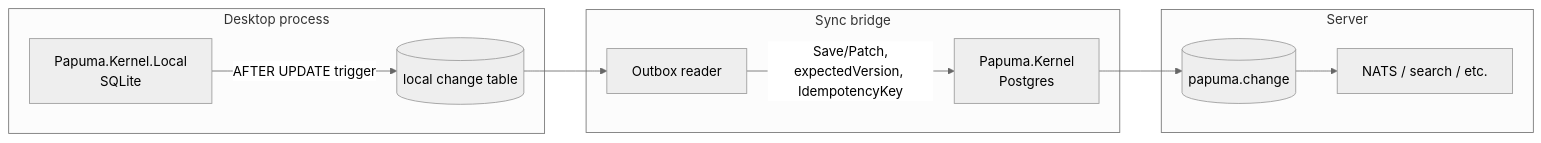
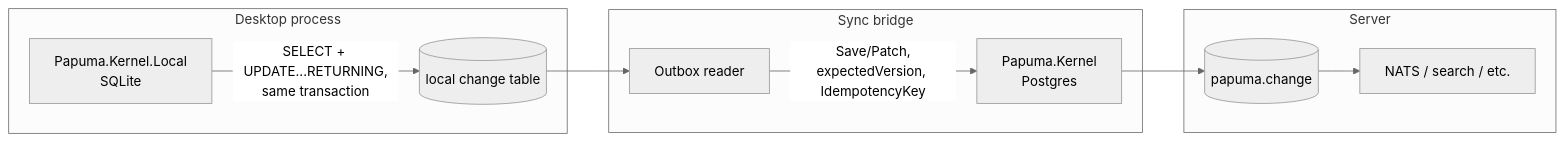
One commit to papumabiz/Papuma.Kernel changed the diagram in docs/analyses/local-kernel-sqlite-sibling.md. Above: the diagram before and after it, drawn with Mermaid (neutral theme). The commit also changed other lines of this file and 4 other files, not shown here.

First line of the commit message:
test: close remaining parity gaps, update design doc to 'built' (Papuma.Kernel.Local)

````diff
--- a/docs/analyses/local-kernel-sqlite-sibling.md
+++ b/docs/analyses/local-kernel-sqlite-sibling.md
@@ -188,14 +196,14 @@
 ```mermaid
 flowchart LR
     subgraph Desktop process
-        A[Papuma.Kernel.Local<br/>SQLite] -->|AFTER UPDATE trigger| B[(local change table)]
+        A[Papuma.Kernel.Local<br/>SQLite] -->|SELECT + UPDATE...RETURNING,<br/>same transaction| B[(local change table)]
     end
     subgraph Sync bridge
         B --> C[Outbox reader]
         C -->|Save/Patch,<br/>expectedVersion, IdempotencyKey| D
     end
     subgraph Server
         D[Papuma.Kernel<br/>Postgres] --> E[(papuma.change)]
         E --> F[NATS / search / etc.]
     end
 ```
````
